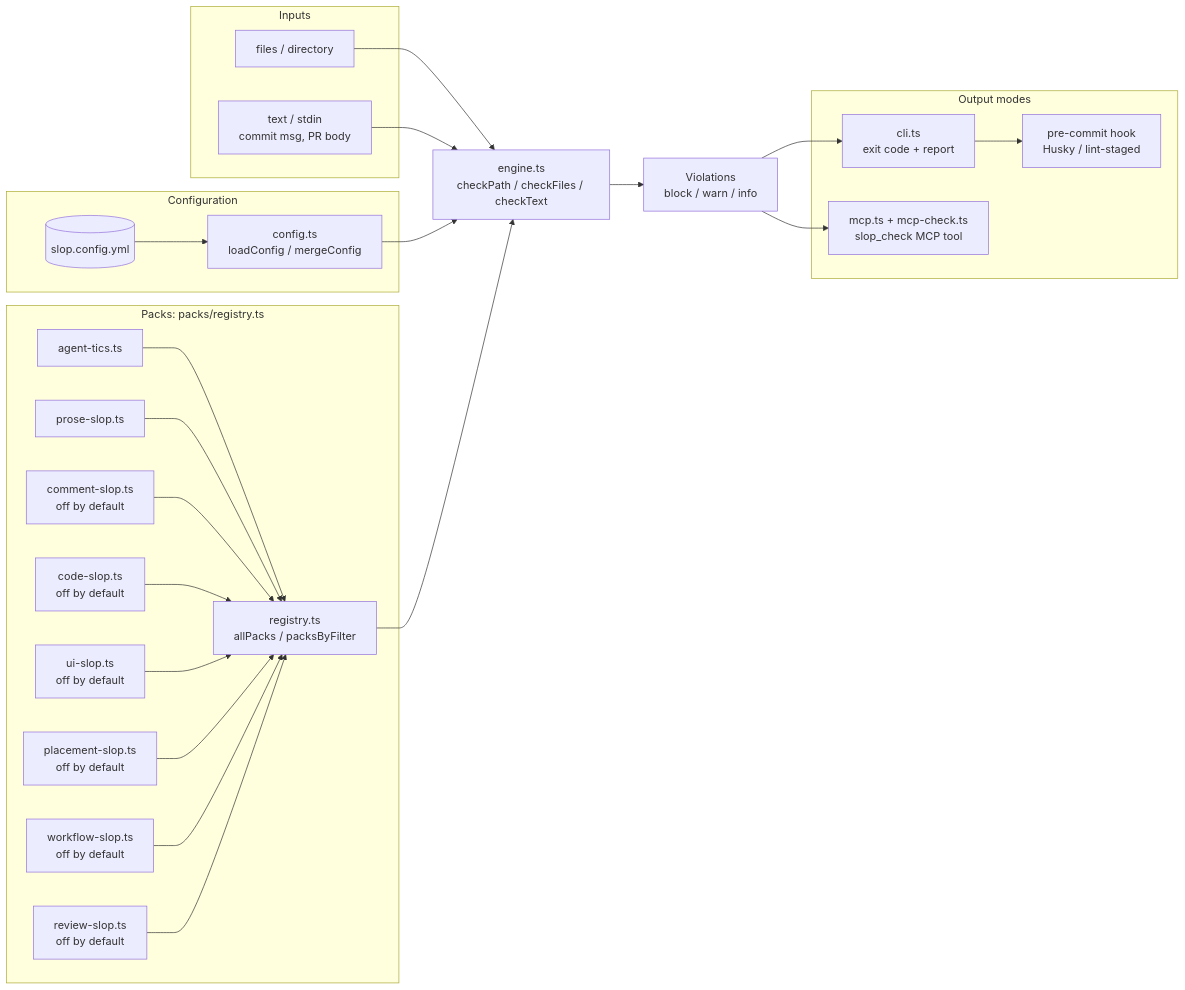
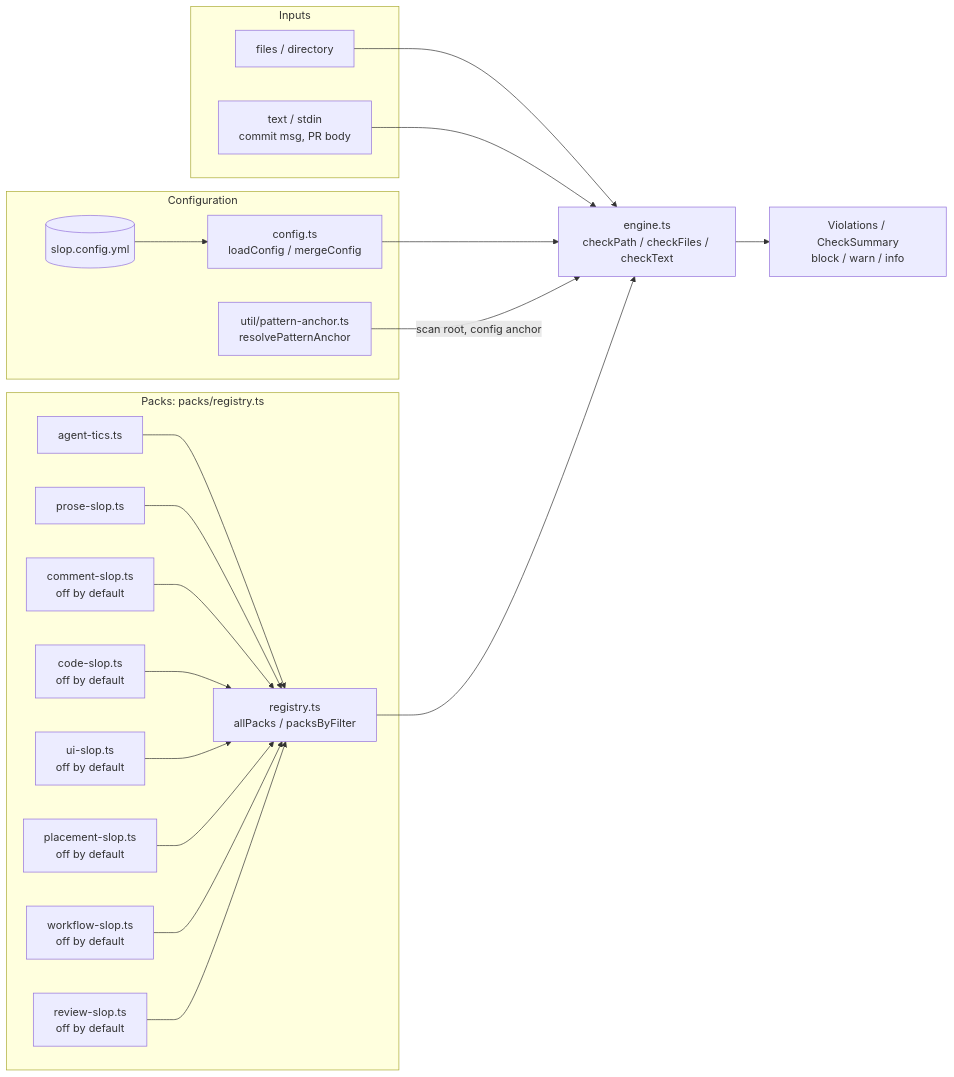
The first of 2 diagrams in packages/slop-detector/docs/integration.md (LanNguyenSi/agent-dx), drawn with Mermaid before and after one commit. The commit also changed other lines of this file and 11 other files, not shown here.

First line of the commit message:
docs(slop-detector,friction-log): correct integration, rule and storage docs against the code (#453)

````diff
--- a/packages/slop-detector/docs/integration.md
+++ b/packages/slop-detector/docs/integration.md
@@ -28,51 +31,44 @@
 ```mermaid
 flowchart LR
     subgraph In["Inputs"]
         A["files / directory"]
         B["text / stdin<br/>commit msg, PR body"]
     end
 
     subgraph Cfg["Configuration"]
         C[("slop.config.yml")]
         D["config.ts<br/>loadConfig / mergeConfig"]
+        PA["util/pattern-anchor.ts<br/>resolvePatternAnchor"]
     end
 
     subgraph Packs["Packs: packs/registry.ts"]
         E["registry.ts<br/>allPacks / packsByFilter"]
         F["agent-tics.ts"]
         G["prose-slop.ts"]
         H["comment-slop.ts<br/>off by default"]
         I["code-slop.ts<br/>off by default"]
         J["ui-slop.ts<br/>off by default"]
         P["placement-slop.ts<br/>off by default"]
         W["workflow-slop.ts<br/>off by default"]
         RV["review-slop.ts<br/>off by default"]
     end
 
     K["engine.ts<br/>checkPath / checkFiles / checkText"]
-    L["Violations<br/>block / warn / info"]
-
-    subgraph Out["Output modes"]
-        M["cli.ts<br/>exit code + report"]
-        N["mcp.ts + mcp-check.ts<br/>slop_check MCP tool"]
-        O["pre-commit hook<br/>Husky / lint-staged"]
-    end
+    L["Violations / CheckSummary<br/>block / warn / info"]
 
     A --> K
     B --> K
     C --> D
     D --> K
+    PA -->|"scan root, config anchor"| K
     F --> E
     G --> E
     H --> E
     I --> E
     J --> E
     P --> E
     W --> E
     RV --> E
     E --> K
     K --> L
-    L --> M
-    L --> N
-    M --> O
 ```
````
